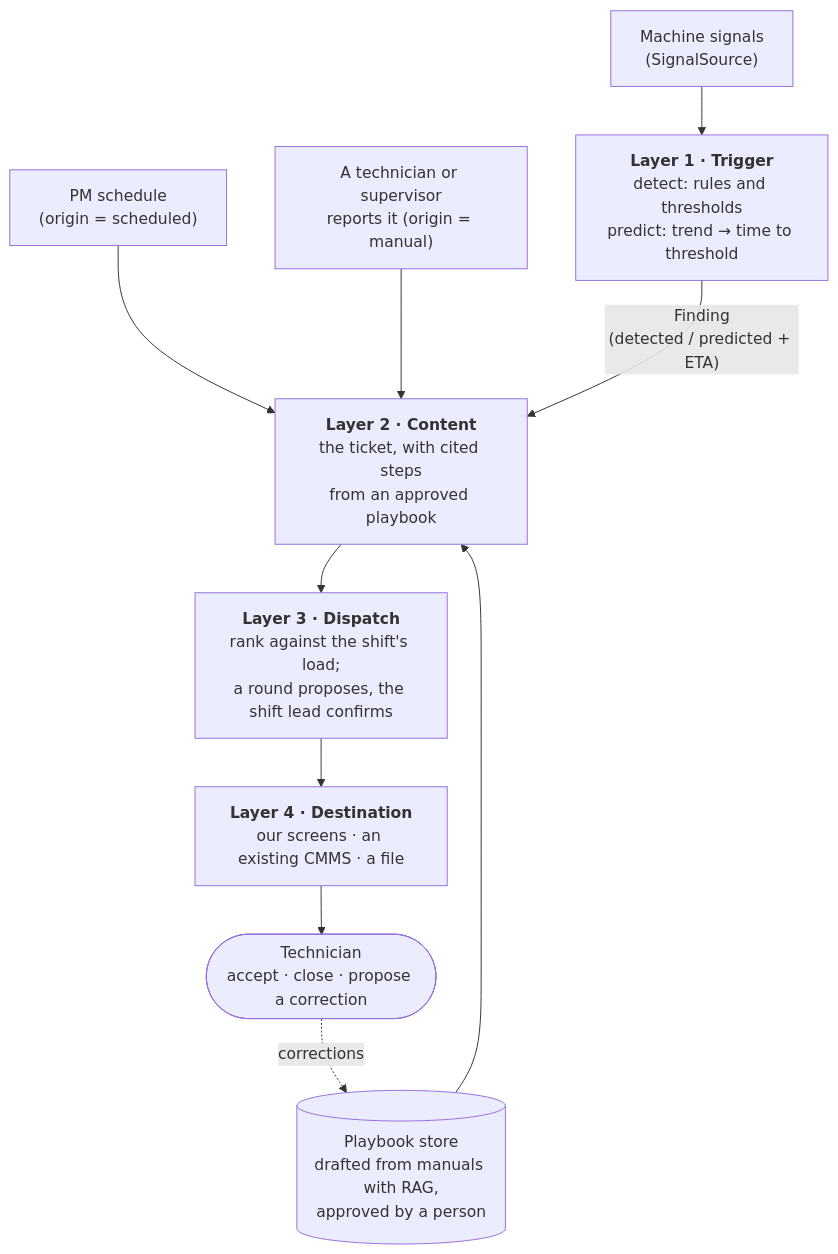
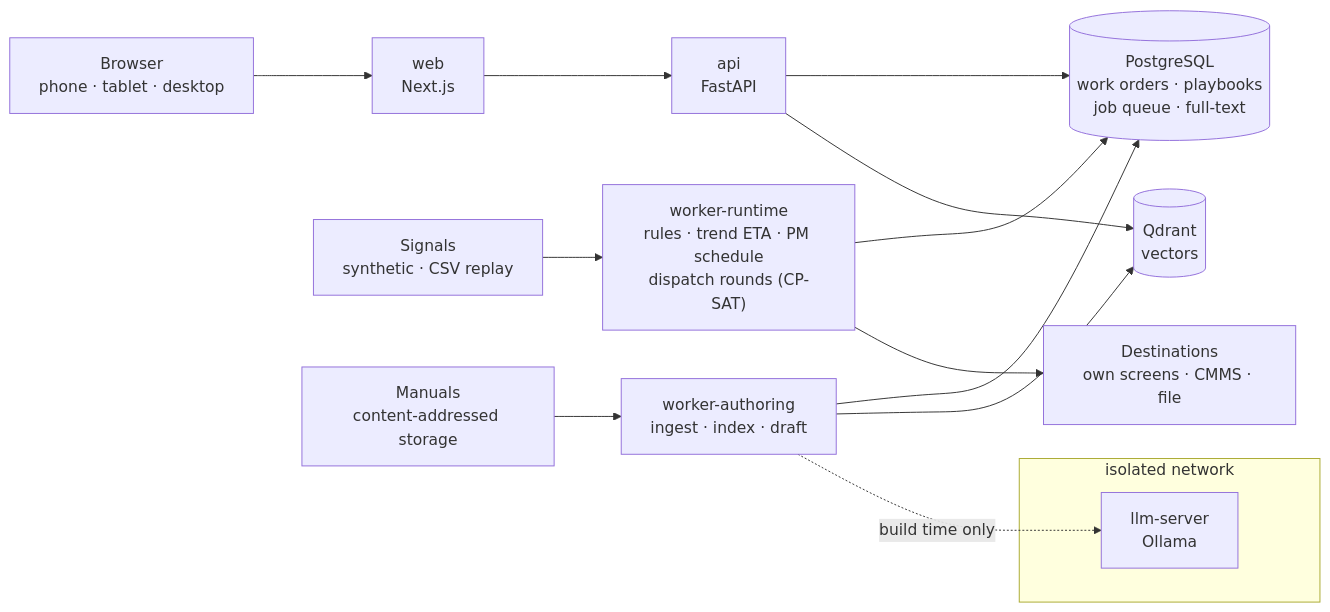
Before and after one commit to fournarin/is: the diagram in README.md, drawn with Mermaid. The commit also changed other lines of this file and 3 other files, not shown here.

First line of the commit message:
docs(readme): architecture diagram, screens table and the engineer review render (#196)

````diff
--- a/README.md
+++ b/README.md
@@ -42,12 +85,19 @@
 ```mermaid
-flowchart TD
-    S1["Machine signals<br/>(SignalSource)"] --> L1
-    S2["PM schedule<br/>(origin = scheduled)"] --> L2
-    S3["A technician or supervisor<br/>reports it (origin = manual)"] --> L2
-    L1["<b>Layer 1 · Trigger</b><br/>detect: rules and thresholds<br/>predict: trend → time to threshold"] -- "Finding<br/>(detected / predicted + ETA)" --> L2
-    PB[("Playbook store<br/>drafted from manuals with RAG,<br/>approved by a person")] --> L2
-    L2["<b>Layer 2 · Content</b><br/>the ticket, with cited steps<br/>from an approved playbook"] --> L3
-    L3["<b>Layer 3 · Dispatch</b><br/>rank against the shift's load;<br/>a round proposes, the shift lead confirms"] --> L4
-    L4["<b>Layer 4 · Destination</b><br/>our screens · an existing CMMS · a file"] --> T
-    T(["Technician<br/>accept · close · propose a correction"]) -. "corrections" .-> PB
+flowchart LR
+    U["Browser<br/>phone · tablet · desktop"] --> W["web<br/>Next.js"]
+    W --> A["api<br/>FastAPI"]
+    A --> PG[("PostgreSQL<br/>work orders · playbooks<br/>job queue · full-text")]
+    A --> Q[("Qdrant<br/>vectors")]
+
+    SIG["Signals<br/>synthetic · CSV replay"] --> RT["worker-runtime<br/>rules · trend ETA · PM schedule<br/>dispatch rounds (CP-SAT)"]
+    RT --> PG
+    RT --> D["Destinations<br/>own screens · CMMS · file"]
+
+    M["Manuals<br/>content-addressed storage"] --> AU["worker-authoring<br/>ingest · index · draft"]
+    AU --> PG
+    AU --> Q
+    subgraph llm ["isolated network"]
+        L["llm-server<br/>Ollama"]
+    end
+    AU -.->|build time only| L
 ```
````
